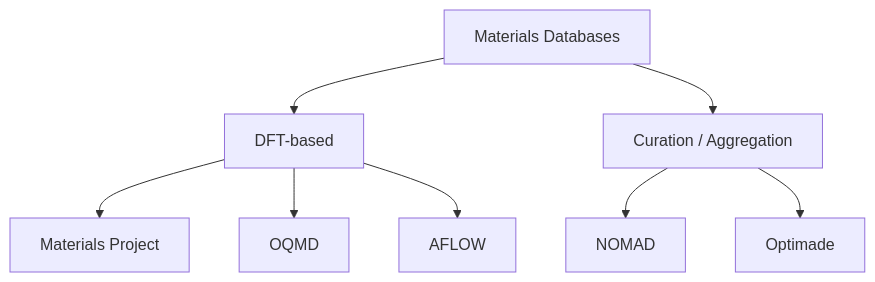
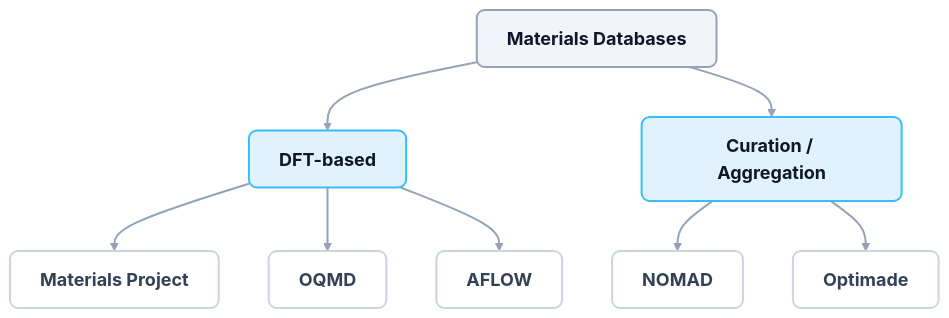
The third of 3 diagrams in materials_genomics/01_intro/01_intro.qmd (ECLIPSE-Lab/public_presentations), drawn with Mermaid before and after one commit. The commit also changed other lines of this file and 2 other files, not shown here.

````diff
--- a/materials_genomics/01_intro/01_intro.qmd
+++ b/materials_genomics/01_intro/01_intro.qmd
@@ -166,10 +181,18 @@
 ```{mermaid}
+%%| echo: false
+%%| fig-align: center
 graph TD
-    A[Materials Databases] --> B[DFT-based]
-    A --> C[Curation / Aggregation]
-    B --> D[Materials Project]
-    B --> E[OQMD]
-    B --> F[AFLOW]
-    C --> G[NOMAD]
-    C --> H[Optimade]
+    %% Styling
+    classDef root fill:#f1f5f9,stroke:#94a3b8,stroke-width:2px,color:#0f172a,rx:8px,ry:8px,font-weight:bold,font-size:18px,font-family:Inter;
+    classDef category fill:#e0f2fe,stroke:#38bdf8,stroke-width:2px,color:#0f172a,rx:8px,ry:8px,font-weight:bold,font-family:Inter;
+    classDef item fill:#ffffff,stroke:#cbd5e1,stroke-width:2px,color:#334155,rx:8px,ry:8px,font-family:Inter;
+    linkStyle default stroke:#94a3b8,stroke-width:2px;
+
+    A[Materials Databases]:::root --> B[DFT-based]:::category
+    A --> C[Curation / Aggregation]:::category
+    B --> D[Materials Project]:::item
+    B --> E[OQMD]:::item
+    B --> F[AFLOW]:::item
+    C --> G[NOMAD]:::item
+    C --> H[Optimade]:::item
 ```
````
